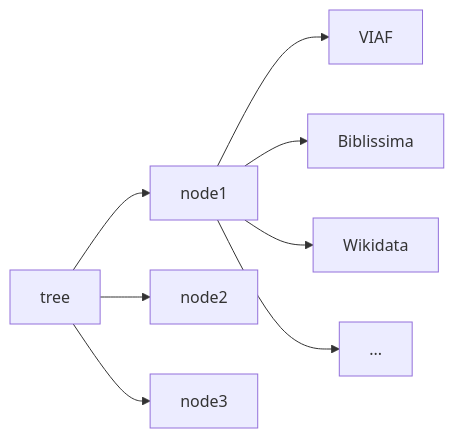
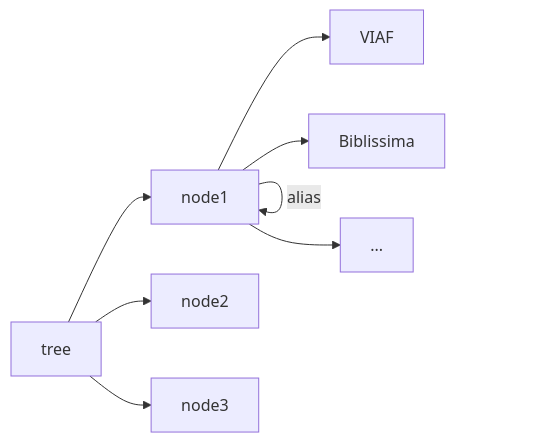
Before and after one commit to vedph/cadmus-doc: the diagram in linking/taxonomies.md, drawn with Mermaid.

````diff
--- a/linking/taxonomies.md
+++ b/linking/taxonomies.md
@@ -67,11 +67,11 @@
 ```mermaid
 flowchart LR;
 tree --> node1
 tree --> node2
 tree --> node3
 
 node1 --> VIAF
 node1 --> Biblissima
-node1 --> Wikidata
 node1 --> etc[...]
+node1 -->|alias| node1
 ```
````
